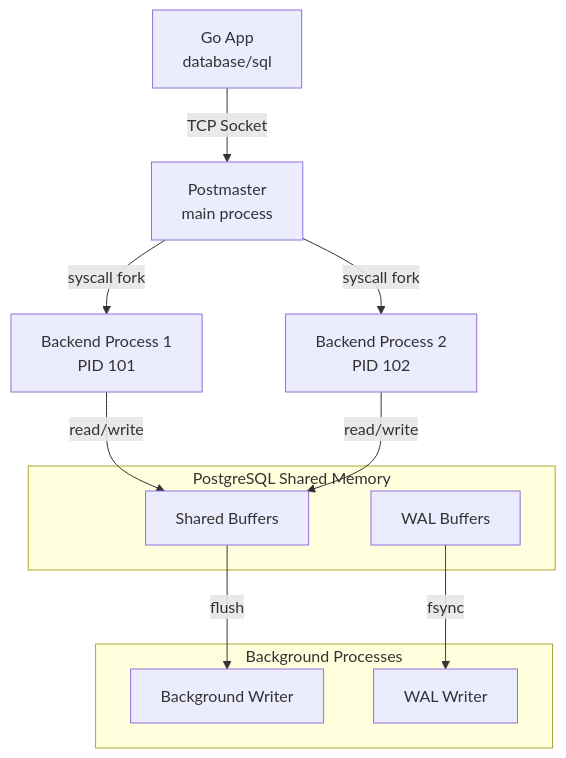
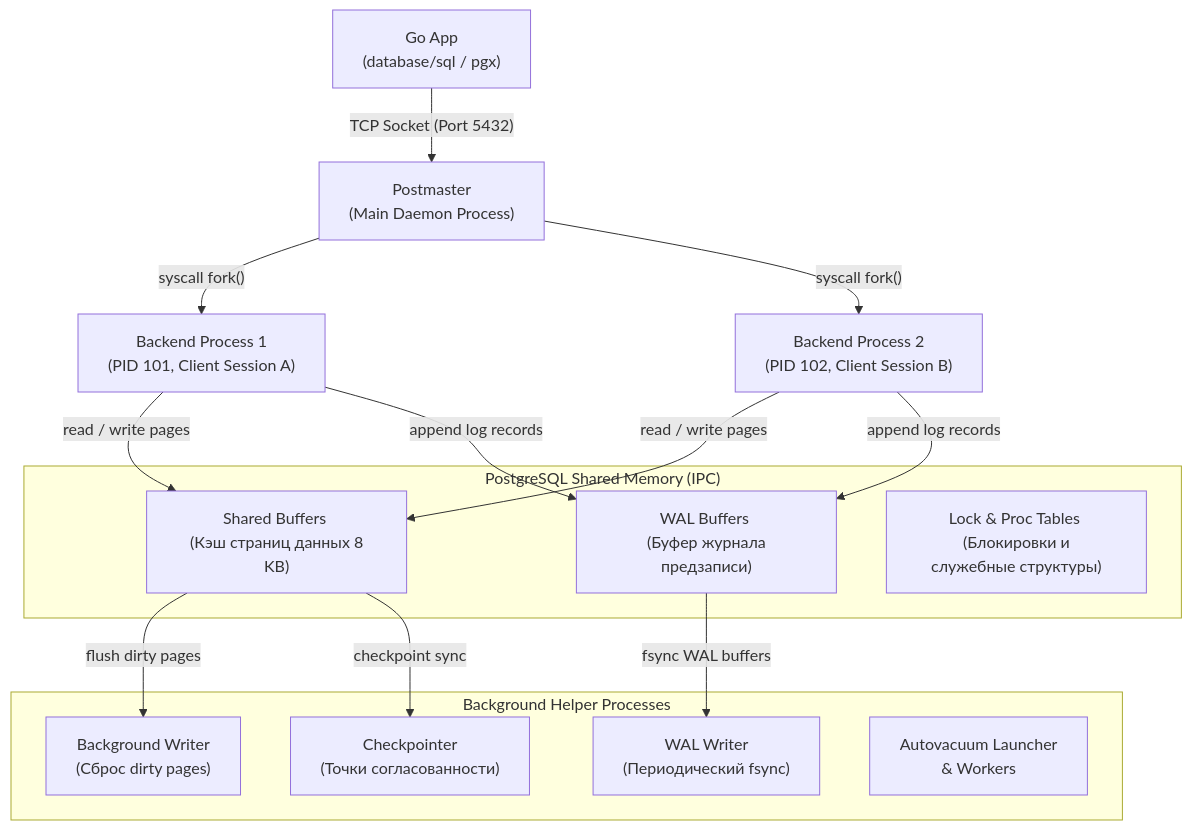
The first of 4 diagrams in sources/12. Базы данных/06. PostgreSQL/1. Архитектура PostgreSQL.md (UnrealTemplier/go-textbook), drawn with Mermaid before and after one commit. The commit also changed other lines of this file, not shown here.

````diff
--- a/sources/12. Базы данных/06. PostgreSQL/1. Архитектура PostgreSQL.md
+++ b/sources/12. Базы данных/06. PostgreSQL/1. Архитектура PostgreSQL.md
@@ -18,22 +20,28 @@
 ```mermaid
 flowchart TD
-    C["Go App <br> database/sql"]-->|"TCP Socket"|PM["Postmaster <br> main process"]
-    PM-->|"syscall fork"|BP1["Backend Process 1 <br> PID 101"]
-    PM-->|"syscall fork"|BP2["Backend Process 2 <br> PID 102"]
+    C["Go App <br> (database/sql / pgx)"] -->|"TCP Socket (Port 5432)"| PM["Postmaster <br> (Main Daemon Process)"]
+    PM -->|"syscall fork()"| BP1["Backend Process 1 <br> (PID 101, Client Session A)"]
+    PM -->|"syscall fork()"| BP2["Backend Process 2 <br> (PID 102, Client Session B)"]
 
-    subgraph "PostgreSQL Shared Memory"
-        SB["Shared Buffers"]
-        WB["WAL Buffers"]
+    subgraph SharedMem ["PostgreSQL Shared Memory (IPC)"]
+        SB["Shared Buffers <br> (Кэш страниц данных 8 KB)"]
+        WB["WAL Buffers <br> (Буфер журнала предзаписи)"]
+        LW["Lock & Proc Tables <br> (Блокировки и служебные структуры)"]
     end
 
-    BP1-->|"read/write"|SB
-    BP2-->|"read/write"|SB
-    
-    subgraph "Background Processes"
-        BGW["Background Writer"]
-        WALW["WAL Writer"]
+    BP1 -->|"read / write pages"| SB
+    BP1 -->|"append log records"| WB
+    BP2 -->|"read / write pages"| SB
+    BP2 -->|"append log records"| WB
+
+    subgraph BGWorkers ["Background Helper Processes"]
+        BGW["Background Writer <br> (Сброс dirty pages)"]
+        WALW["WAL Writer <br> (Периодический fsync)"]
+        CHK["Checkpointer <br> (Точки согласованности)"]
+        AV["Autovacuum Launcher <br> & Workers"]
     end
 
-    SB-->|"flush"|BGW
-    WB-->|"fsync"|WALW
+    SB -->|"flush dirty pages"| BGW
+    WB -->|"fsync WAL buffers"| WALW
+    SB -->|"checkpoint sync"| CHK
 ```
````
